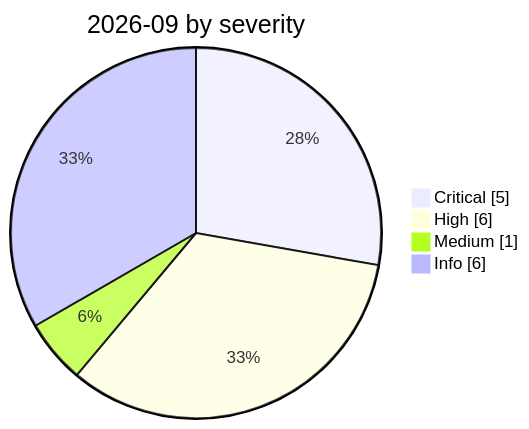
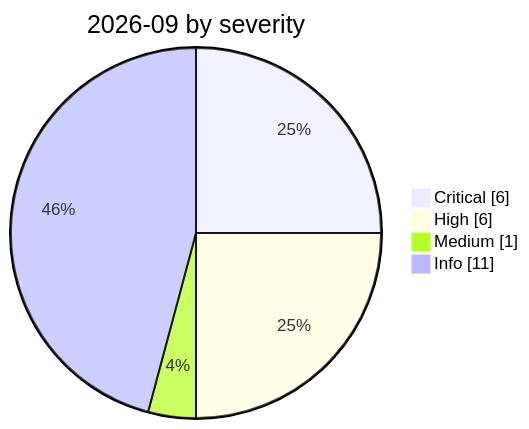
The diagram in incidents/2026-09/README.md (Continuum-AI-Corp/Orca-AI-Incident-Archive), drawn with Mermaid before and after one commit. The commit also changed other lines of this file and 38 other files, not shown here.

````diff
--- a/incidents/2026-09/README.md
+++ b/incidents/2026-09/README.md
@@ -8,8 +8,8 @@
 ```mermaid
 pie showData
     title 2026-09 by severity
-    "Critical" : 5
+    "Critical" : 6
     "High" : 6
     "Medium" : 1
-    "Info" : 6
+    "Info" : 11
 ```
````
